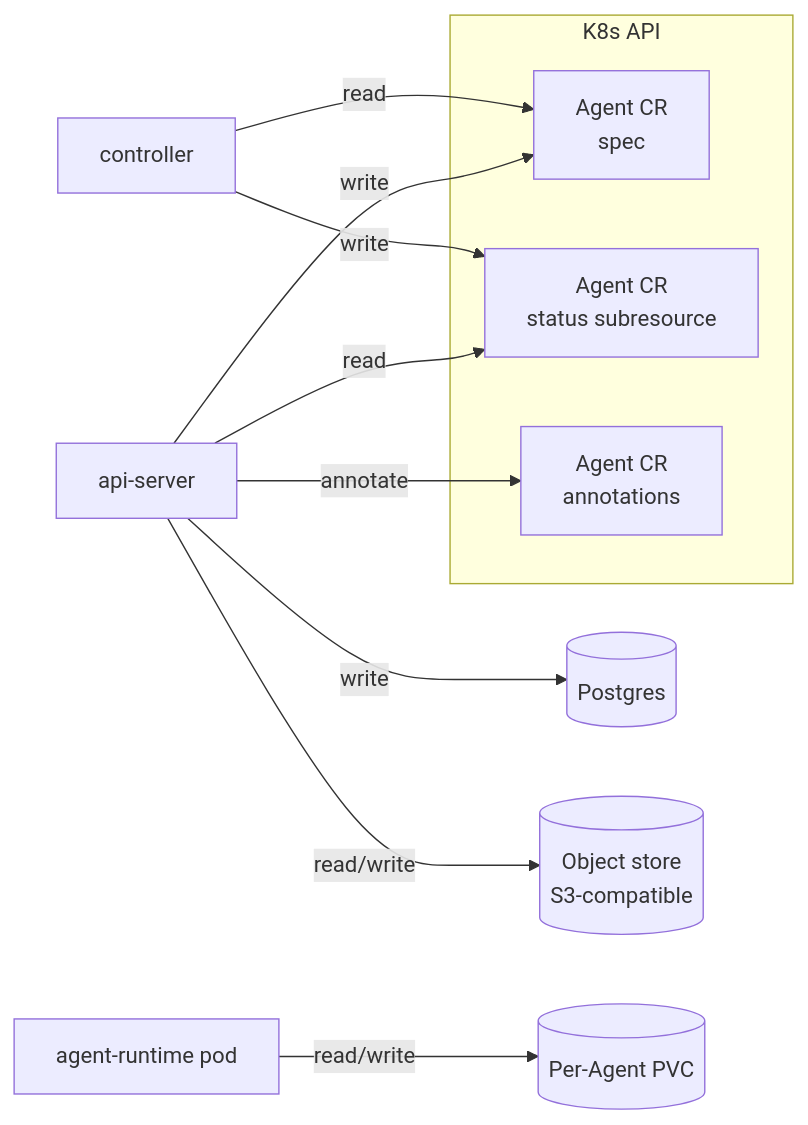
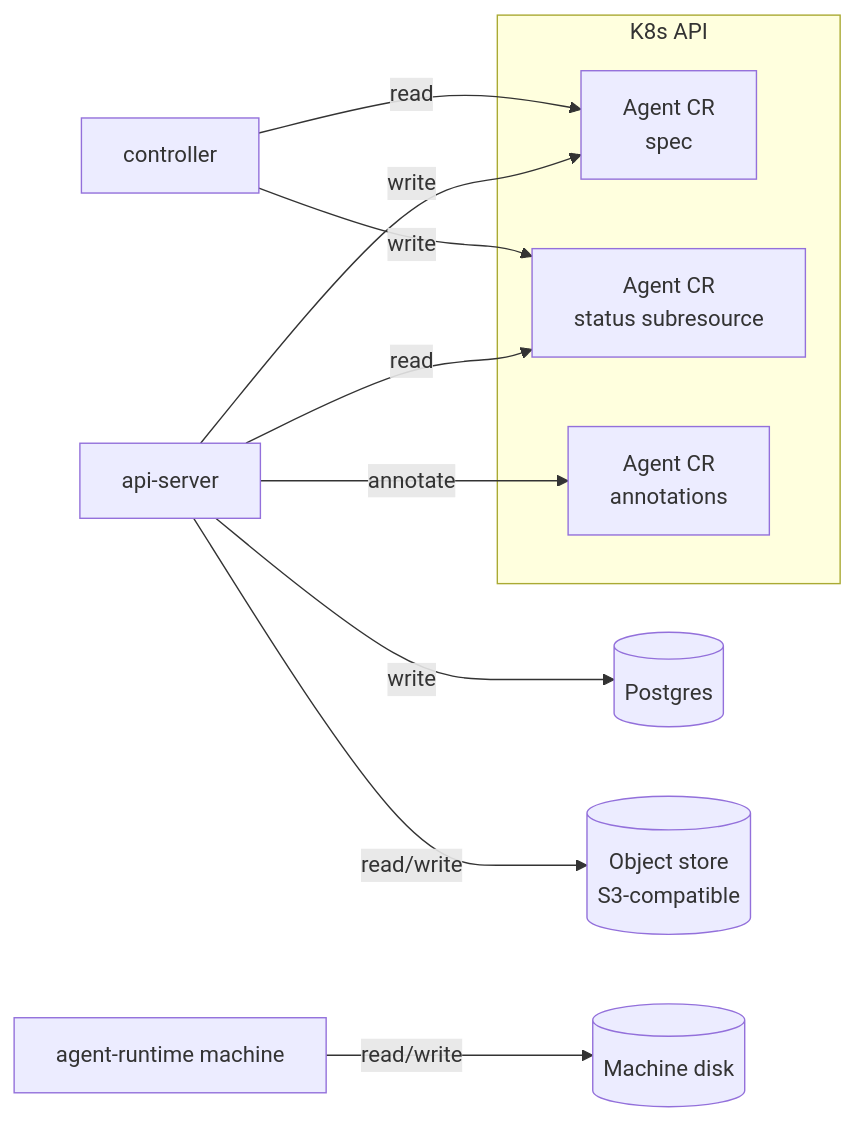
Before and after one commit to dam-agents/dam: the diagram in docs/architecture/persistence.md, drawn with Mermaid. The commit also changed other lines of this file and 53 other files, not shown here.

First line of the commit message:
docs: a single agent runtime

````diff
--- a/docs/architecture/persistence.md
+++ b/docs/architecture/persistence.md
@@ -52,28 +51,28 @@
 ```mermaid
 flowchart LR
   api-server[api-server]
   controller[controller]
-  agent-runtime[agent-runtime pod]
+  agent-runtime[agent-runtime machine]
 
   postgres[(Postgres)]
   objectstore[(Object store<br/>S3-compatible)]
 
   subgraph k8s[K8s API]
     cr-spec[Agent CR<br/>spec]
     cr-status[Agent CR<br/>status subresource]
     cr-anno[Agent CR<br/>annotations]
   end
 
-  pvc[(Per-Agent PVC)]
+  disk[(Machine disk)]
 
   api-server -->|write| postgres
   api-server -->|read/write| objectstore
   api-server -->|write| cr-spec
   api-server -->|read| cr-status
   api-server -->|annotate| cr-anno
 
   controller -->|write| cr-status
   controller -->|read| cr-spec
 
-  agent-runtime -->|read/write| pvc
+  agent-runtime -->|read/write| disk
 ```
````
